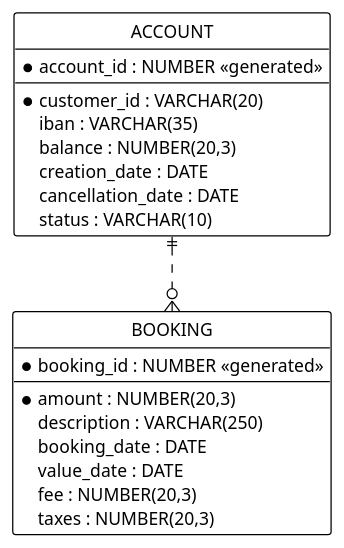
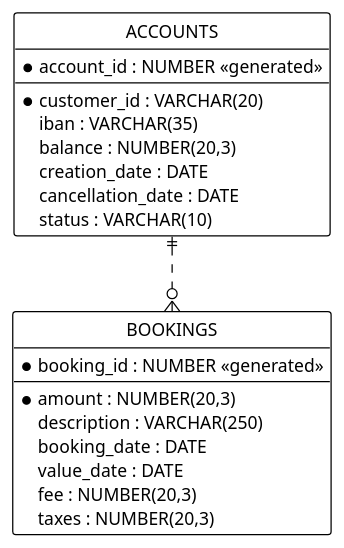
Before and after one commit to scalvetr/costomer-single-view: the diagram in doc/data-definition-core-banking.puml, drawn with PlantUML. The commit also changed 4 other files, not shown here.

Commit message:
TABLE "account" renamed to "accounts"

```diff
--- a/doc/data-definition-core-banking.puml
+++ b/doc/data-definition-core-banking.puml
@@ -1,41 +1,41 @@
 @startuml
 
 ' hide the spot
 hide circle
 
 ' avoid problems with angled crows feet
 skinparam linetype ortho
 
 <style>
 classDiagram {
   BackGroundColor white
   LineThickness 1
   LineColor black
 }
 </style>
 
-entity "ACCOUNT" as account {
+entity "ACCOUNTS" as accounts {
 * account_id : NUMBER <<generated>>
 ---
 * customer_id : VARCHAR(20)
 iban : VARCHAR(35)
 balance : NUMBER(20,3)
 creation_date : DATE
 cancellation_date : DATE
 status : VARCHAR(10)
 }
 
-entity "BOOKING" as booking {
+entity "BOOKINGS" as bookings {
 * booking_id : NUMBER <<generated>>
 ---
 * amount : NUMBER(20,3)
 description : VARCHAR(250)
 booking_date : DATE
 value_date : DATE
 fee : NUMBER(20,3)
 taxes : NUMBER(20,3)
 }
 
-account ||..o{ booking
+accounts ||..o{ bookings
 
 @enduml
```
